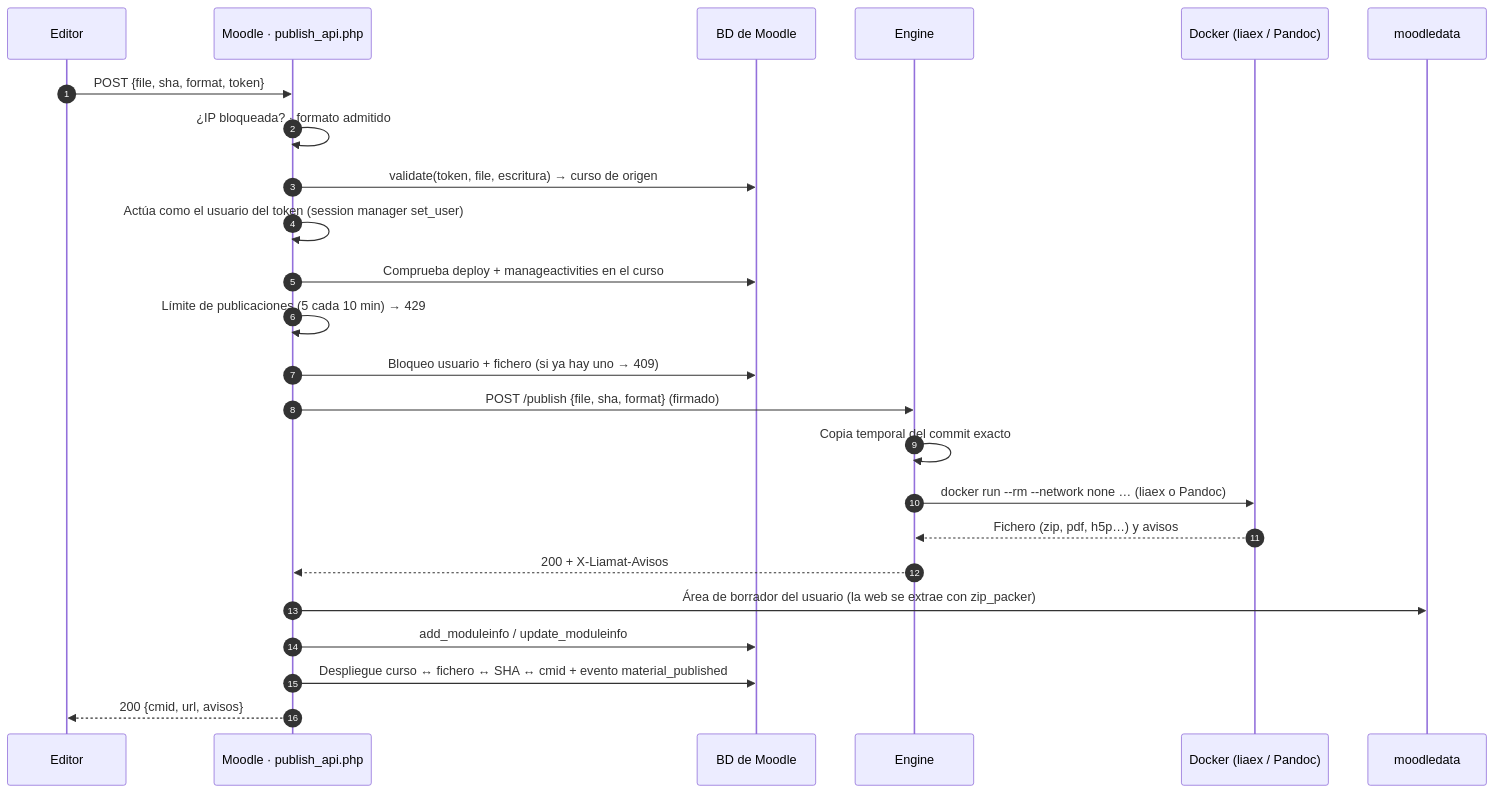
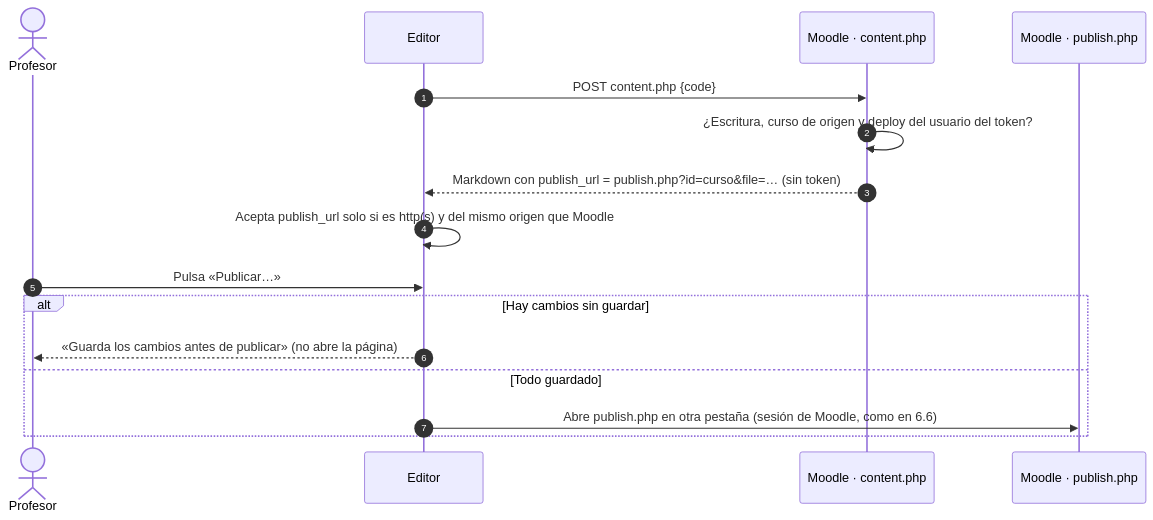
Before and after one commit to darioaxel/moodle-liaeditor-git: the seventh of 15 diagrams in docs/Seguridad — Evaluación del plugin local_liamateriales.md, drawn with Mermaid. The commit also changed other lines of this file and 13 other files, not shown here.

First line of the commit message:
Publicar solo desde el plugin: retirado publish_api.php (2.8.0)

````diff
--- a/docs/Seguridad — Evaluación del plugin local_liamateriales.md
+++ b/docs/Seguridad — Evaluación del plugin local_liamateriales.md
@@ -374,27 +381,19 @@
 ```mermaid
 sequenceDiagram
   autonumber
+  actor P as Profesor
   participant ED as Editor
-  participant P as Moodle · publish_api.php
-  participant DB as BD de Moodle
-  participant E as Engine
-  participant D as Docker (liaex / Pandoc)
-  participant FS as moodledata
+  participant C as Moodle · content.php
+  participant M as Moodle · publish.php
 
-  ED->>P: POST {file, sha, format, token}
-  P->>P: ¿IP bloqueada? · formato admitido
-  P->>DB: validate(token, file, escritura) → curso de origen
-  P->>P: Actúa como el usuario del token (session manager set_user)
-  P->>DB: Comprueba deploy + manageactivities en el curso
-  P->>P: Límite de publicaciones (5 cada 10 min) → 429
-  P->>DB: Bloqueo usuario + fichero (si ya hay uno → 409)
-  P->>E: POST /publish {file, sha, format} (firmado)
-  E->>E: Copia temporal del commit exacto
-  E->>D: docker run --rm --network none … (liaex o Pandoc)
-  D-->>E: Fichero (zip, pdf, h5p…) y avisos
-  E-->>P: 200 + X-Liamat-Avisos
-  P->>FS: Área de borrador del usuario (la web se extrae con zip_packer)
-  P->>DB: add_moduleinfo / update_moduleinfo
-  P->>DB: Despliegue curso ↔ fichero ↔ SHA ↔ cmid + evento material_published
-  P-->>ED: 200 {cmid, url, avisos}
+  ED->>C: POST content.php {code}
+  C->>C: ¿Escritura, curso de origen y deploy del usuario del token?
+  C-->>ED: Markdown con publish_url = publish.php?id=curso&file=… (sin token)
+  ED->>ED: Acepta publish_url solo si es http(s) y del mismo origen que Moodle
+  P->>ED: Pulsa «Publicar…»
+  alt Hay cambios sin guardar
+    ED-->>P: «Guarda los cambios antes de publicar» (no abre la página)
+  else Todo guardado
+    ED->>M: Abre publish.php en otra pestaña (sesión de Moodle, como en 6.6)
+  end
 ```
````
